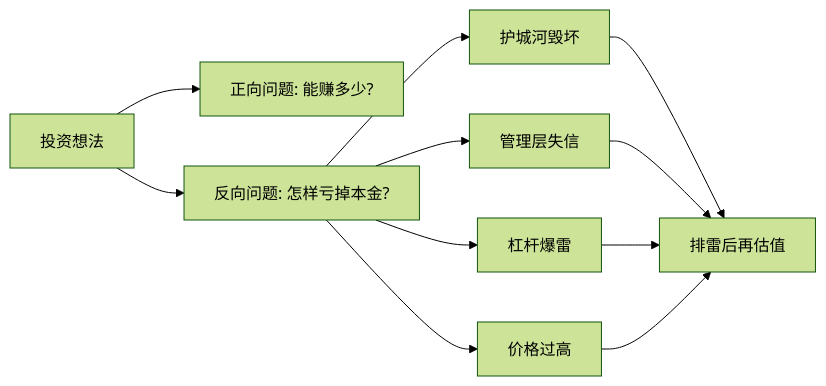
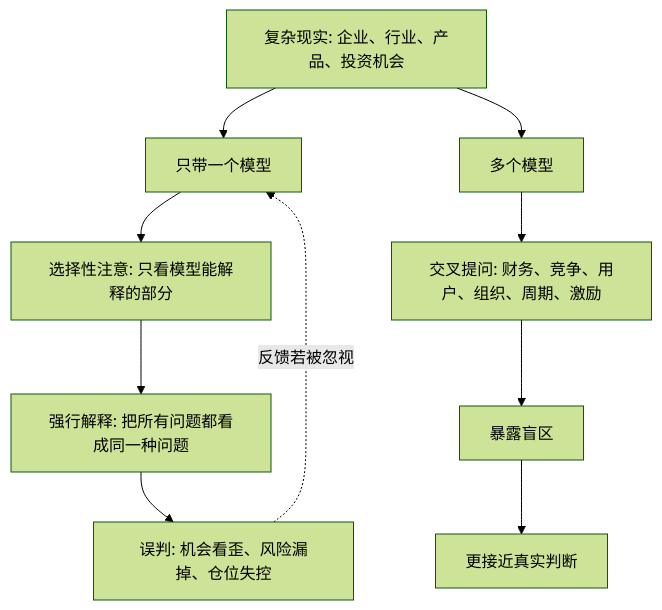
One commit to digoal/blog changed the diagram in 202605/20260519_29.md. Above: the diagram before and after it, drawn with Mermaid (forest theme). The commit also changed other lines of this file and 51 other files, not shown here.

````diff
--- a/202605/20260519_29.md
+++ b/202605/20260519_29.md
@@ -22,13 +22,12 @@
 ```mermaid
-flowchart LR
-  A["投资想法"] --> B["正向问题: 能赚多少?"]
-  A --> C["反向问题: 怎样亏掉本金?"]
-  C --> D["护城河毁坏"]
-  C --> E["管理层失信"]
-  C --> F["杠杆爆雷"]
-  C --> G["价格过高"]
-  D --> H["排雷后再估值"]
-  E --> H
-  F --> H
-  G --> H
+flowchart TD
+  A["复杂现实: 企业、行业、产品、投资机会"] --> B["只带一个模型"]
+  B --> C["选择性注意: 只看模型能解释的部分"]
+  C --> D["强行解释: 把所有问题都看成同一种问题"]
+  D --> E["误判: 机会看歪、风险漏掉、仓位失控"]
+  F["多个模型"] --> G["交叉提问: 财务、竞争、用户、组织、周期、激励"]
+  G --> H["暴露盲区"]
+  H --> I["更接近真实判断"]
+  A --> F
+  E -. "反馈若被忽视" .-> B
 ```
````
